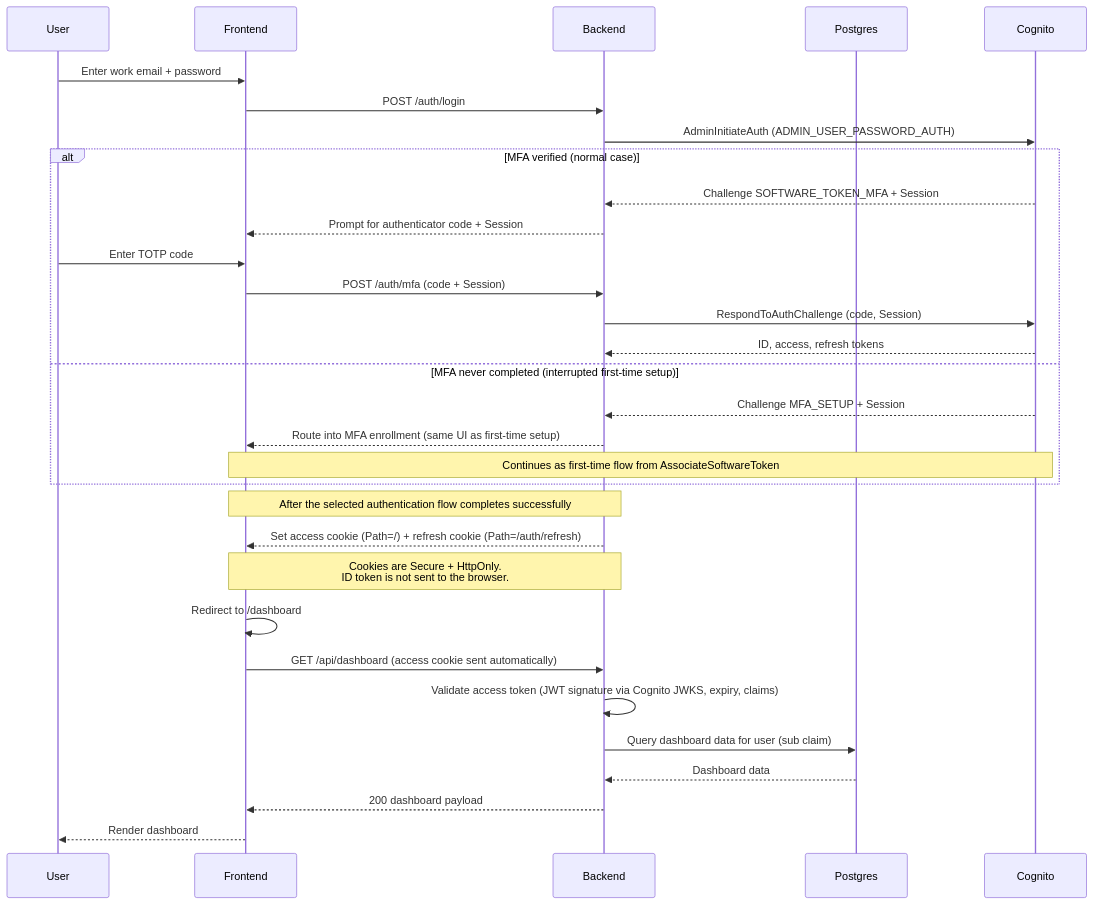
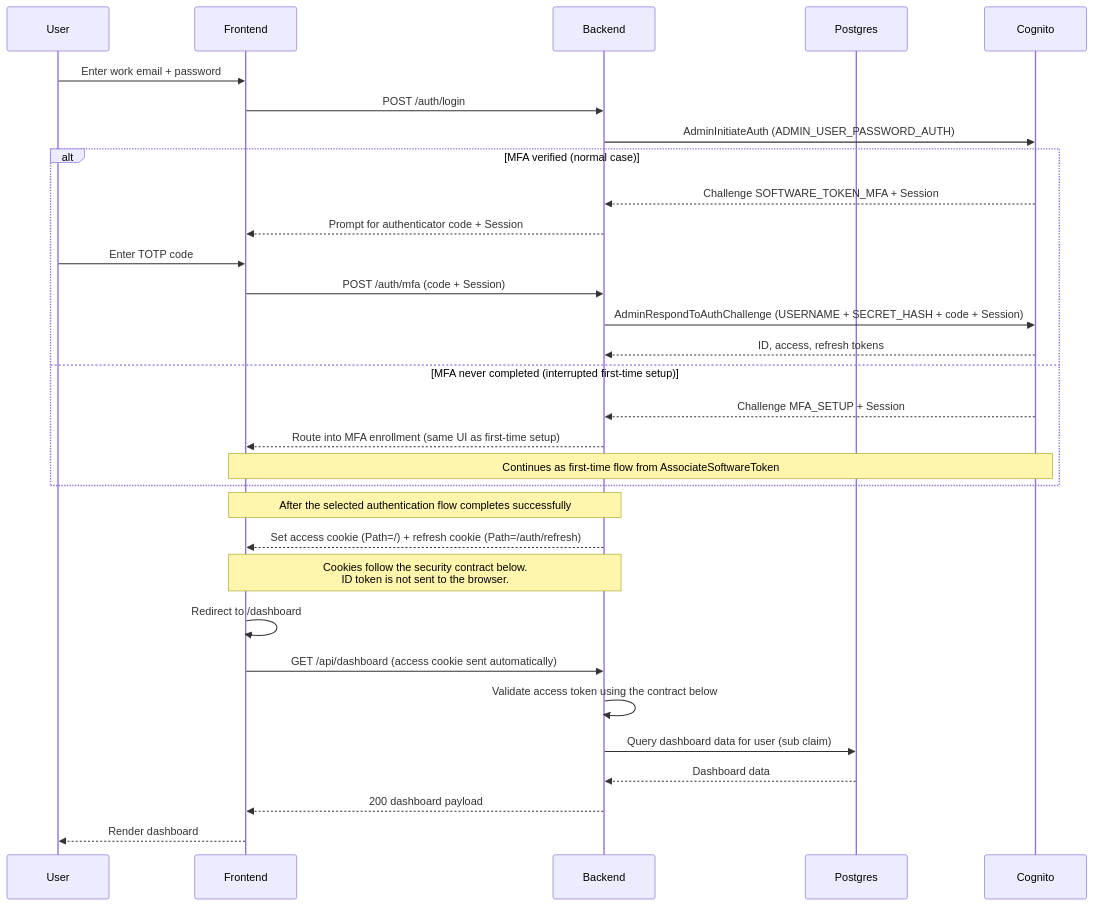
Before and after one commit to ditnice/aws-UKPS: the third of 4 diagrams in documentation/auth/sequences.md, drawn with Mermaid. The commit also changed other lines of this file and 8 other files, not shown here.

Commit message:
Fix Cognito auth flow and security controls

````diff
--- a/documentation/auth/sequences.md
+++ b/documentation/auth/sequences.md
@@ -80,33 +80,33 @@
 ```mermaid
 sequenceDiagram
     participant U as User
     participant F as Frontend
     participant B as Backend
     participant P as Postgres
     participant C as Cognito
     U->>F: Enter work email + password
     F->>B: POST /auth/login
     B->>C: AdminInitiateAuth (ADMIN_USER_PASSWORD_AUTH)
     alt MFA verified (normal case)
         C-->>B: Challenge SOFTWARE_TOKEN_MFA + Session
         B-->>F: Prompt for authenticator code + Session
         U->>F: Enter TOTP code
         F->>B: POST /auth/mfa (code + Session)
-        B->>C: RespondToAuthChallenge (code, Session)
+        B->>C: AdminRespondToAuthChallenge (USERNAME + SECRET_HASH + code + Session)
         C-->>B: ID, access, refresh tokens
     else MFA never completed (interrupted first-time setup)
         C-->>B: Challenge MFA_SETUP + Session
         B-->>F: Route into MFA enrollment (same UI as first-time setup)
         Note over F,C: Continues as first-time flow from AssociateSoftwareToken
     end
     Note over B,F: After the selected authentication flow completes successfully
     B-->>F: Set access cookie (Path=/) + refresh cookie (Path=/auth/refresh)
-    Note over B,F: Cookies are Secure + HttpOnly.<br/>ID token is not sent to the browser.
+    Note over B,F: Cookies follow the security contract below.<br/>ID token is not sent to the browser.
     F->>F: Redirect to /dashboard
     F->>B: GET /api/dashboard (access cookie sent automatically)
-    B->>B: Validate access token (JWT signature via Cognito JWKS, expiry, claims)
+    B->>B: Validate access token using the contract below
     B->>P: Query dashboard data for user (sub claim)
     P-->>B: Dashboard data
     B-->>F: 200 dashboard payload
     F-->>U: Render dashboard
 ```
````
